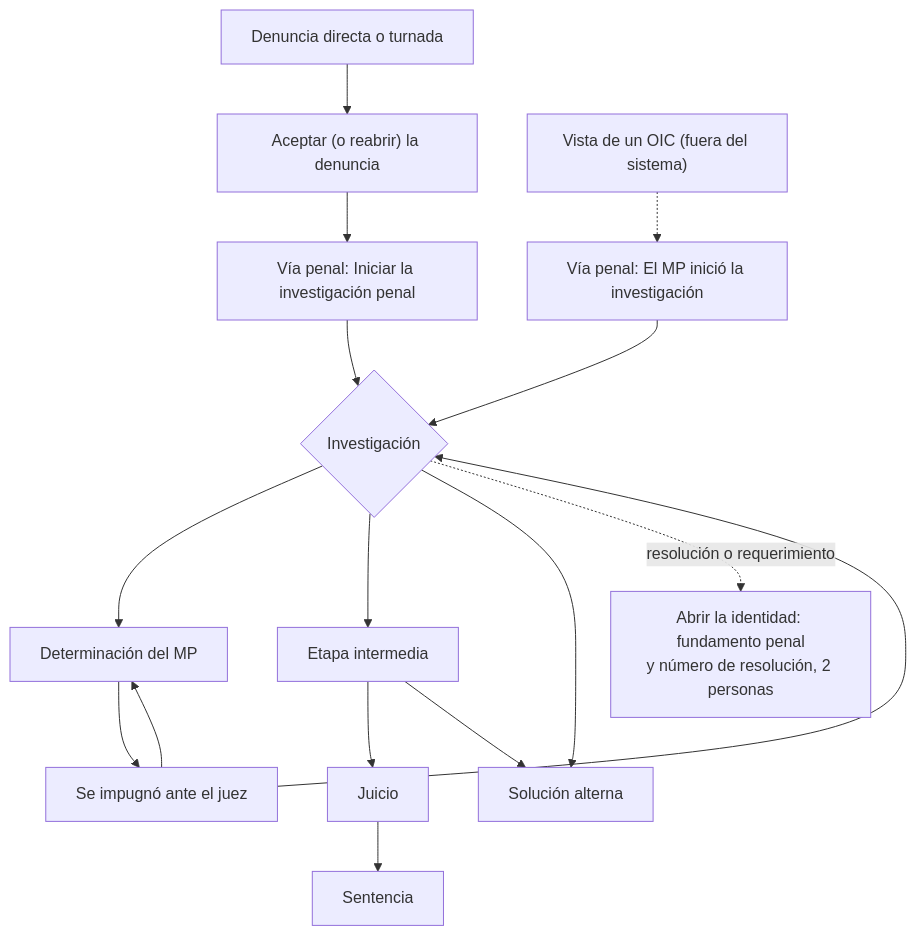
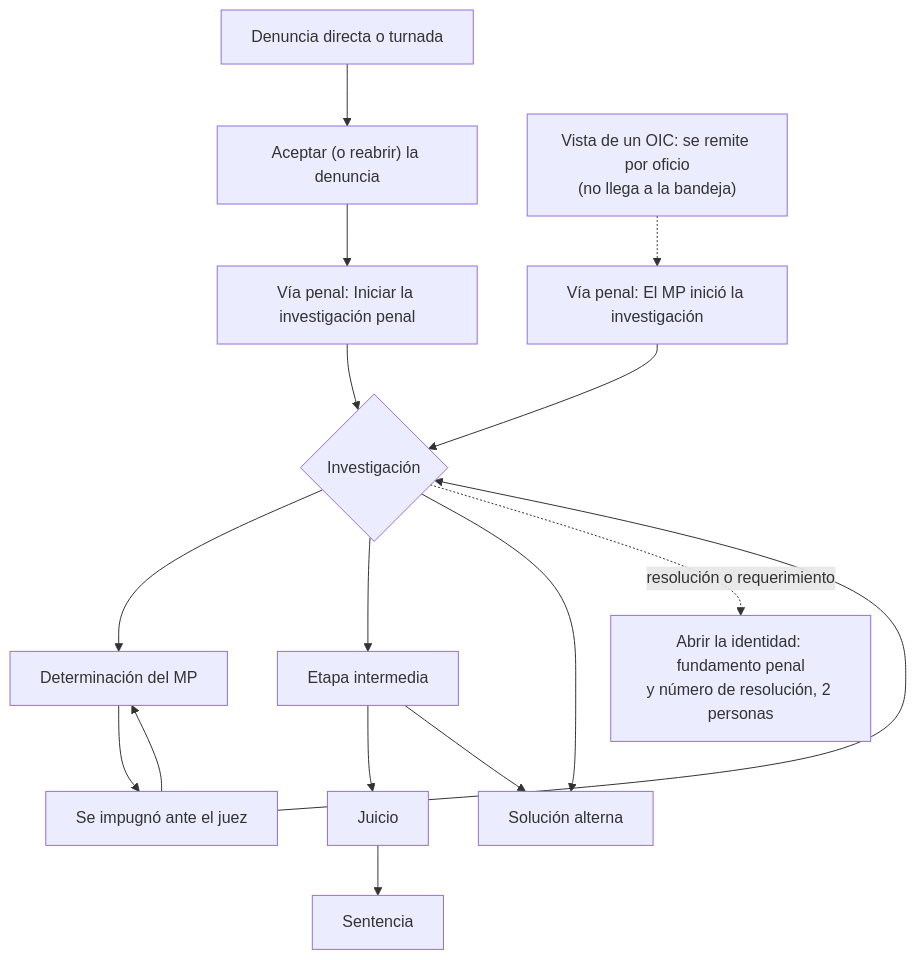
Before and after one commit to GuilleOp/sigilo-s5: the diagram in docs/manuales/07-fiscalia-especializada.md, drawn with Mermaid. The commit also changed other lines of this file and 9 other files, not shown here.

````diff
--- a/docs/manuales/07-fiscalia-especializada.md
+++ b/docs/manuales/07-fiscalia-especializada.md
@@ -145,18 +152,18 @@
 ```mermaid
 flowchart TD
   A["Denuncia directa o turnada"] --> B["Aceptar (o reabrir) la denuncia"]
   B --> C["Vía penal: Iniciar la investigación penal"]
-  V["Vista de un OIC (fuera del sistema)"] -.-> C2["Vía penal: El MP inició la investigación"]
+  V["Vista de un OIC: se remite por oficio<br/>(no llega a la bandeja)"] -.-> C2["Vía penal: El MP inició la investigación"]
   C --> D{"Investigación"}
   C2 --> D
   D --> E["Determinación del MP"]
   D --> F["Etapa intermedia"]
   D --> G["Solución alterna"]
   E --> H["Se impugnó ante el juez"]
   H --> D
   H --> E
   F --> I["Juicio"]
   F --> G
   I --> J["Sentencia"]
   D -. "resolución o requerimiento" .-> K["Abrir la identidad: fundamento penal<br/>y número de resolución, 2 personas"]
 ```
````
